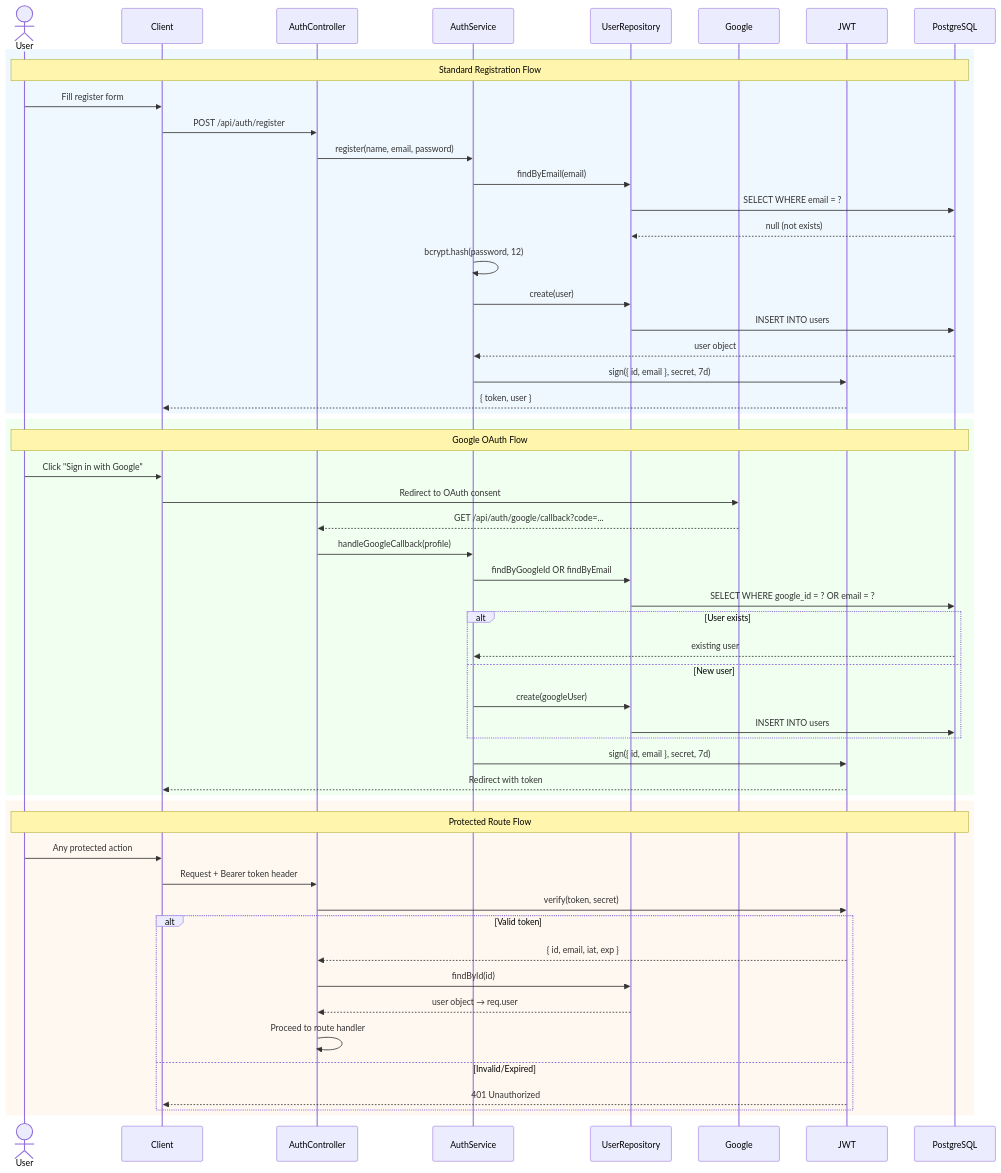
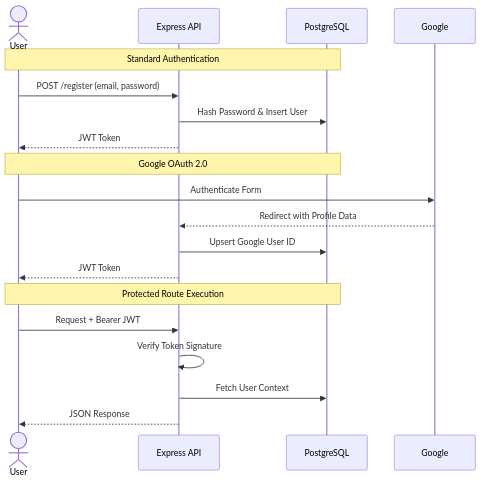
Before and after one commit to ANANYA542/Nexora: the third of 6 diagrams in README.md, drawn with Mermaid. The commit also changed other lines of this file and 1 other file, not shown here.

Commit message:
fix: reject negative income amounts at schema + service layer; simplify README diagrams

````diff
--- a/README.md
+++ b/README.md
@@ -185,60 +91,24 @@
 ```mermaid
 sequenceDiagram
     actor User
-    participant Client
-    participant AuthController
-    participant AuthService
-    participant UserRepository
+    participant API as Express API
+    participant DB as PostgreSQL
     participant Google
-    participant JWT
-    participant DB as PostgreSQL
-
-    rect rgb(240, 248, 255)
-        Note over User,DB: Standard Registration Flow
-        User->>Client: Fill register form
-        Client->>AuthController: POST /api/auth/register
-        AuthController->>AuthService: register(name, email, password)
-        AuthService->>UserRepository: findByEmail(email)
-        UserRepository->>DB: SELECT WHERE email = ?
-        DB-->>UserRepository: null (not exists)
-        AuthService->>AuthService: bcrypt.hash(password, 12)
-        AuthService->>UserRepository: create(user)
-        UserRepository->>DB: INSERT INTO users
-        DB-->>AuthService: user object
-        AuthService->>JWT: sign({ id, email }, secret, 7d)
-        JWT-->>Client: { token, user }
-    end
-
-    rect rgb(240, 255, 240)
-        Note over User,DB: Google OAuth Flow
-        User->>Client: Click "Sign in with Google"
-        Client->>Google: Redirect to OAuth consent
-        Google-->>AuthController: GET /api/auth/google/callback?code=...
-        AuthController->>AuthService: handleGoogleCallback(profile)
-        AuthService->>UserRepository: findByGoogleId OR findByEmail
-        UserRepository->>DB: SELECT WHERE google_id = ? OR email = ?
-        alt User exists
-            DB-->>AuthService: existing user
-        else New user
-            AuthService->>UserRepository: create(googleUser)
-            UserRepository->>DB: INSERT INTO users
-        end
-        AuthService->>JWT: sign({ id, email }, secret, 7d)
-        JWT-->>Client: Redirect with token
-    end
-
-    rect rgb(255, 248, 240)
-        Note over User,DB: Protected Route Flow
-        User->>Client: Any protected action
-        Client->>AuthController: Request + Bearer token header
-        AuthController->>JWT: verify(token, secret)
-        alt Valid token
-            JWT-->>AuthController: { id, email, iat, exp }
-            AuthController->>UserRepository: findById(id)
-            UserRepository-->>AuthController: user object → req.user
-            AuthController->>AuthController: Proceed to route handler
-        else Invalid/Expired
-            JWT-->>Client: 401 Unauthorized
-        end
-    end
+    
+    Note over User,DB: Standard Authentication
+    User->>API: POST /register (email, password)
+    API->>DB: Hash Password & Insert User
+    API-->>User: JWT Token
+    
+    Note over User,DB: Google OAuth 2.0
+    User->>Google: Authenticate Form
+    Google-->>API: Redirect with Profile Data
+    API->>DB: Upsert Google User ID
+    API-->>User: JWT Token
+    
+    Note over User,DB: Protected Route Execution
+    User->>API: Request + Bearer JWT
+    API->>API: Verify Token Signature
+    API->>DB: Fetch User Context
+    API-->>User: JSON Response
 ```
````
